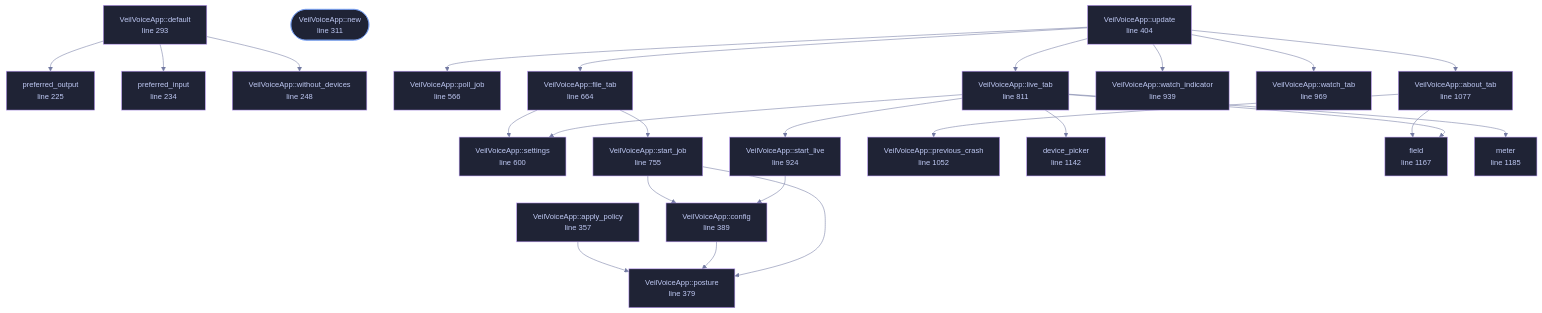
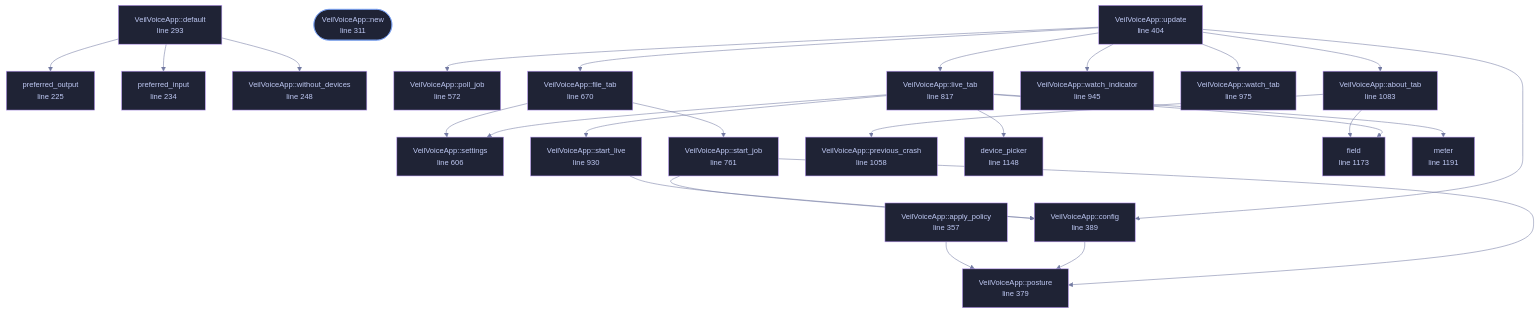
Before and after one commit to tilas01/veilvoice: the diagram in wiki/File-veilvoice-gui-app.md, drawn with Mermaid. The commit also changed other lines of this file and 27 other files, not shown here.

````diff
--- a/wiki/File-veilvoice-gui-app.md
+++ b/wiki/File-veilvoice-gui-app.md
@@ -147,75 +147,76 @@
 ```mermaid
 %%{init: {"theme":"base","themeVariables":{"background":"#1a1b26","primaryColor":"#1f2335","primaryTextColor":"#c0caf5","primaryBorderColor":"#7aa2f7","secondaryColor":"#16161e","tertiaryColor":"#16161e","lineColor":"#737aa2","textColor":"#c0caf5","mainBkg":"#1f2335","nodeBorder":"#7aa2f7","clusterBkg":"#16161e","clusterBorder":"#2f3549","fontFamily":"ui-monospace, SFMono-Regular, Consolas, monospace","fontSize":"14px"}}}%%
 flowchart TD
     n_preferred_output["preferred_output<br/>line 225"]
     n_preferred_input["preferred_input<br/>line 234"]
     n_without_devices["VeilVoiceApp::without_devices<br/>line 248"]
     n_default["VeilVoiceApp::default<br/>line 293"]
     n_new(["VeilVoiceApp::new<br/>line 311"])
     n_apply_policy["VeilVoiceApp::apply_policy<br/>line 357"]
     n_posture["VeilVoiceApp::posture<br/>line 379"]
     n_config["VeilVoiceApp::config<br/>line 389"]
     n_update["VeilVoiceApp::update<br/>line 404"]
-    n_poll_job["VeilVoiceApp::poll_job<br/>line 566"]
-    n_settings["VeilVoiceApp::settings<br/>line 600"]
-    n_file_tab["VeilVoiceApp::file_tab<br/>line 664"]
-    n_start_job["VeilVoiceApp::start_job<br/>line 755"]
-    n_live_tab["VeilVoiceApp::live_tab<br/>line 811"]
-    n_start_live["VeilVoiceApp::start_live<br/>line 924"]
-    n_watch_indicator["VeilVoiceApp::watch_indicator<br/>line 939"]
-    n_watch_tab["VeilVoiceApp::watch_tab<br/>line 969"]
-    n_previous_crash["VeilVoiceApp::previous_crash<br/>line 1052"]
-    n_about_tab["VeilVoiceApp::about_tab<br/>line 1077"]
-    n_device_picker["device_picker<br/>line 1142"]
-    n_field["field<br/>line 1167"]
-    n_meter["meter<br/>line 1185"]
+    n_poll_job["VeilVoiceApp::poll_job<br/>line 572"]
+    n_settings["VeilVoiceApp::settings<br/>line 606"]
+    n_file_tab["VeilVoiceApp::file_tab<br/>line 670"]
+    n_start_job["VeilVoiceApp::start_job<br/>line 761"]
+    n_live_tab["VeilVoiceApp::live_tab<br/>line 817"]
+    n_start_live["VeilVoiceApp::start_live<br/>line 930"]
+    n_watch_indicator["VeilVoiceApp::watch_indicator<br/>line 945"]
+    n_watch_tab["VeilVoiceApp::watch_tab<br/>line 975"]
+    n_previous_crash["VeilVoiceApp::previous_crash<br/>line 1058"]
+    n_about_tab["VeilVoiceApp::about_tab<br/>line 1083"]
+    n_device_picker["device_picker<br/>line 1148"]
+    n_field["field<br/>line 1173"]
+    n_meter["meter<br/>line 1191"]
     n_about_tab --> n_field
     n_about_tab --> n_previous_crash
     n_apply_policy --> n_posture
     n_config --> n_posture
     n_default --> n_preferred_input
     n_default --> n_preferred_output
     n_default --> n_without_devices
     n_file_tab --> n_settings
     n_file_tab --> n_start_job
     n_live_tab --> n_device_picker
     n_live_tab --> n_field
     n_live_tab --> n_meter
     n_live_tab --> n_settings
     n_live_tab --> n_start_live
     n_start_job --> n_config
     n_start_job --> n_posture
     n_start_live --> n_config
     n_update --> n_about_tab
+    n_update --> n_config
     n_update --> n_file_tab
     n_update --> n_live_tab
     n_update --> n_poll_job
     n_update --> n_watch_indicator
     n_update --> n_watch_tab
     click n_preferred_output href "https://github.com/tilas01/veilvoice/blob/main/crates/veilvoice-gui/src/app.rs#L225" "open the source"
     click n_preferred_input href "https://github.com/tilas01/veilvoice/blob/main/crates/veilvoice-gui/src/app.rs#L234" "open the source"
     click n_without_devices href "https://github.com/tilas01/veilvoice/blob/main/crates/veilvoice-gui/src/app.rs#L248" "open the source"
     click n_default href "https://github.com/tilas01/veilvoice/blob/main/crates/veilvoice-gui/src/app.rs#L293" "open the source"
     click n_new href "https://github.com/tilas01/veilvoice/blob/main/crates/veilvoice-gui/src/app.rs#L311" "open the source"
     click n_apply_policy href "https://github.com/tilas01/veilvoice/blob/main/crates/veilvoice-gui/src/app.rs#L357" "open the source"
     click n_posture href "https://github.com/tilas01/veilvoice/blob/main/crates/veilvoice-gui/src/app.rs#L379" "open the source"
     click n_config href "https://github.com/tilas01/veilvoice/blob/main/crates/veilvoice-gui/src/app.rs#L389" "open the source"
     click n_update href "https://github.com/tilas01/veilvoice/blob/main/crates/veilvoice-gui/src/app.rs#L404" "open the source"
-    click n_poll_job href "https://github.com/tilas01/veilvoice/blob/main/crates/veilvoice-gui/src/app.rs#L566" "open the source"
-    click n_settings href "https://github.com/tilas01/veilvoice/blob/main/crates/veilvoice-gui/src/app.rs#L600" "open the source"
-    click n_file_tab href "https://github.com/tilas01/veilvoice/blob/main/crates/veilvoice-gui/src/app.rs#L664" "open the source"
-    click n_start_job href "https://github.com/tilas01/veilvoice/blob/main/crates/veilvoice-gui/src/app.rs#L755" "open the source"
-    click n_live_tab href "https://github.com/tilas01/veilvoice/blob/main/crates/veilvoice-gui/src/app.rs#L811" "open the source"
-    click n_start_live href "https://github.com/tilas01/veilvoice/blob/main/crates/veilvoice-gui/src/app.rs#L924" "open the source"
-    click n_watch_indicator href "https://github.com/tilas01/veilvoice/blob/main/crates/veilvoice-gui/src/app.rs#L939" "open the source"
-    click n_watch_tab href "https://github.com/tilas01/veilvoice/blob/main/crates/veilvoice-gui/src/app.rs#L969" "open the source"
-    click n_previous_crash href "https://github.com/tilas01/veilvoice/blob/main/crates/veilvoice-gui/src/app.rs#L1052" "open the source"
-    click n_about_tab href "https://github.com/tilas01/veilvoice/blob/main/crates/veilvoice-gui/src/app.rs#L1077" "open the source"
-    click n_device_picker href "https://github.com/tilas01/veilvoice/blob/main/crates/veilvoice-gui/src/app.rs#L1142" "open the source"
-    click n_field href "https://github.com/tilas01/veilvoice/blob/main/crates/veilvoice-gui/src/app.rs#L1167" "open the source"
-    click n_meter href "https://github.com/tilas01/veilvoice/blob/main/crates/veilvoice-gui/src/app.rs#L1185" "open the source"
+    click n_poll_job href "https://github.com/tilas01/veilvoice/blob/main/crates/veilvoice-gui/src/app.rs#L572" "open the source"
+    click n_settings href "https://github.com/tilas01/veilvoice/blob/main/crates/veilvoice-gui/src/app.rs#L606" "open the source"
+    click n_file_tab href "https://github.com/tilas01/veilvoice/blob/main/crates/veilvoice-gui/src/app.rs#L670" "open the source"
+    click n_start_job href "https://github.com/tilas01/veilvoice/blob/main/crates/veilvoice-gui/src/app.rs#L761" "open the source"
+    click n_live_tab href "https://github.com/tilas01/veilvoice/blob/main/crates/veilvoice-gui/src/app.rs#L817" "open the source"
+    click n_start_live href "https://github.com/tilas01/veilvoice/blob/main/crates/veilvoice-gui/src/app.rs#L930" "open the source"
+    click n_watch_indicator href "https://github.com/tilas01/veilvoice/blob/main/crates/veilvoice-gui/src/app.rs#L945" "open the source"
+    click n_watch_tab href "https://github.com/tilas01/veilvoice/blob/main/crates/veilvoice-gui/src/app.rs#L975" "open the source"
+    click n_previous_crash href "https://github.com/tilas01/veilvoice/blob/main/crates/veilvoice-gui/src/app.rs#L1058" "open the source"
+    click n_about_tab href "https://github.com/tilas01/veilvoice/blob/main/crates/veilvoice-gui/src/app.rs#L1083" "open the source"
+    click n_device_picker href "https://github.com/tilas01/veilvoice/blob/main/crates/veilvoice-gui/src/app.rs#L1148" "open the source"
+    click n_field href "https://github.com/tilas01/veilvoice/blob/main/crates/veilvoice-gui/src/app.rs#L1173" "open the source"
+    click n_meter href "https://github.com/tilas01/veilvoice/blob/main/crates/veilvoice-gui/src/app.rs#L1191" "open the source"
     classDef entry fill:#1f2335,stroke:#7aa2f7,color:#c0caf5
     class n_new entry
     classDef helper fill:#1f2335,stroke:#bb9af7,color:#c0caf5
     class n_preferred_output,n_preferred_input,n_without_devices,n_default,n_apply_policy,n_posture,n_config,n_update,n_poll_job,n_settings,n_file_tab,n_start_job,n_live_tab,n_start_live,n_watch_indicator,n_watch_tab,n_previous_crash,n_about_tab,n_device_picker,n_field,n_meter helper
 ```
````
